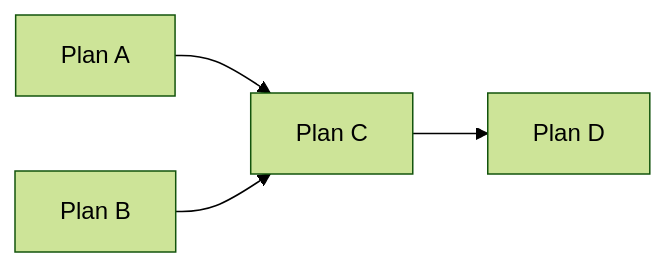
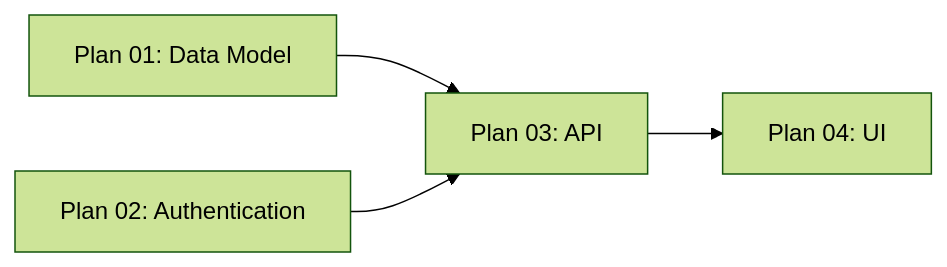
One commit to 6ixGODD/mine-is-not-everyones changed the second of 4 diagrams in docs/concepts.md. Above: the diagram before and after it, drawn with Mermaid (forest theme). The commit also changed other lines of this file and 20 other files, not shown here.

````diff
--- a/docs/concepts.md
+++ b/docs/concepts.md
@@ -52,6 +293,6 @@
 ```mermaid
 flowchart LR
-    A[Plan A] --> C[Plan C]
-    B[Plan B] --> C
-    C --> D[Plan D]
+    A[Plan 01: Data Model] --> C[Plan 03: API]
+    B[Plan 02: Authentication] --> C
+    C --> D[Plan 04: UI]
 ```
````
